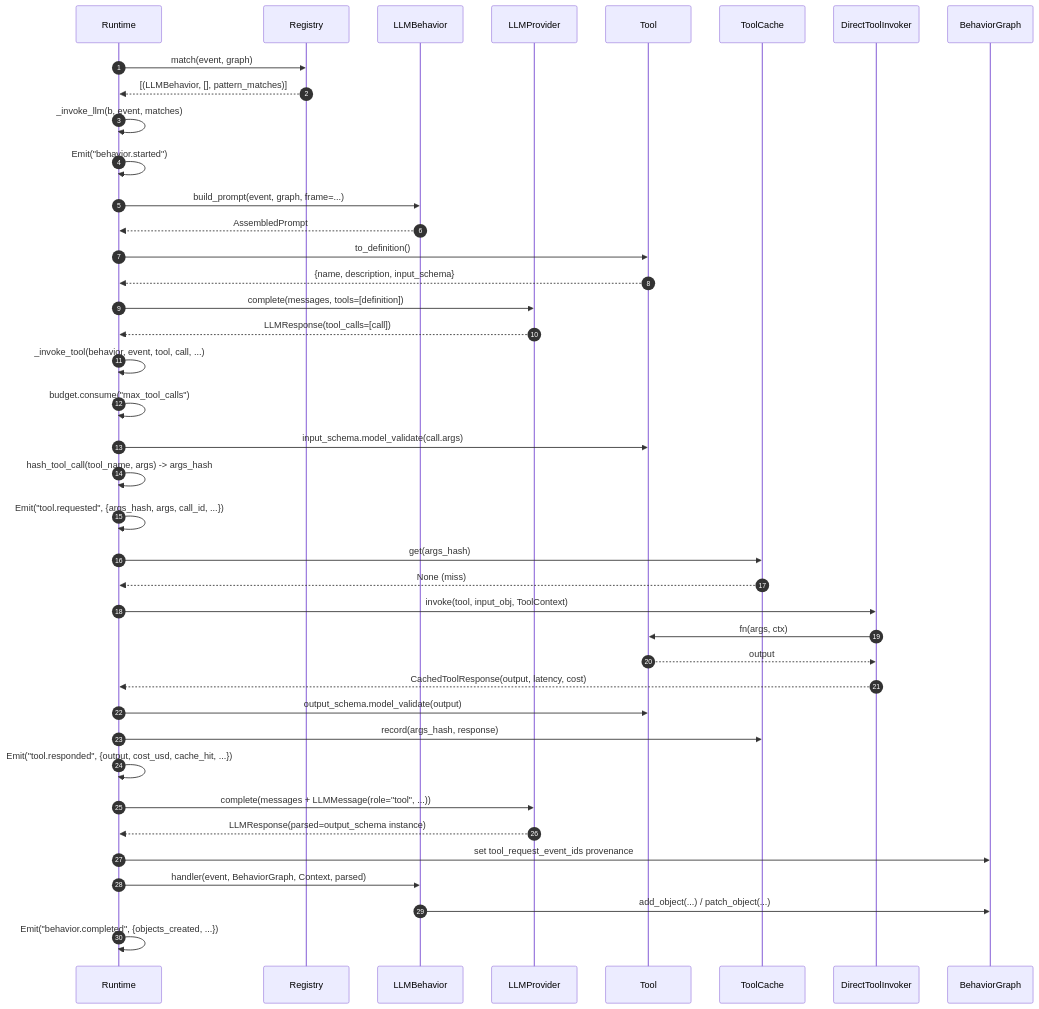
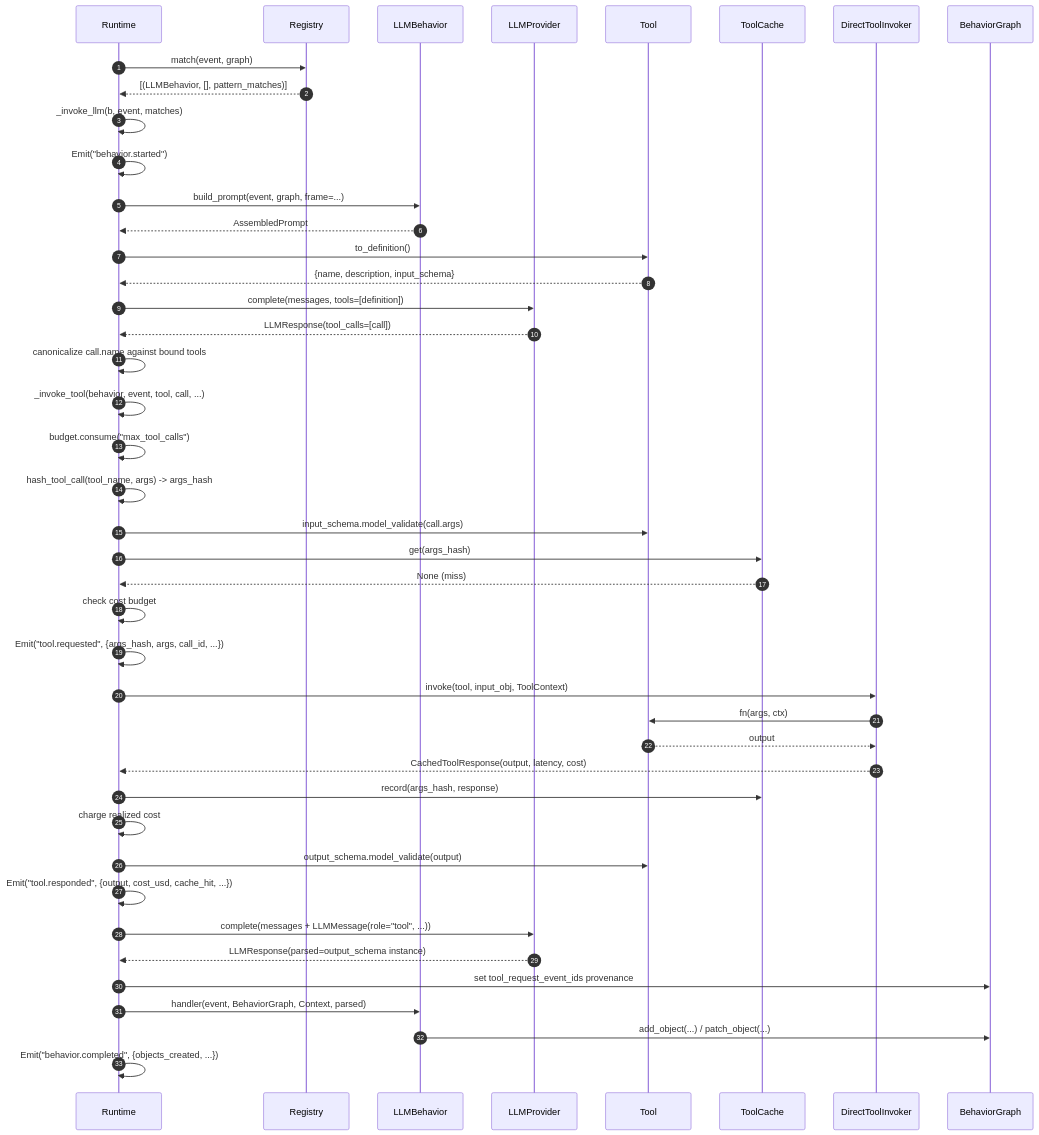
Before and after one commit to tha-hammer/silmari-activegraph: the second of 2 diagrams in specs/09-tools-behaviors.md, drawn with Mermaid. The commit also changed other lines of this file, not shown here.

Commit message:
docs(specs): reconcile tools and behaviors map

````diff
--- a/specs/09-tools-behaviors.md
+++ b/specs/09-tools-behaviors.md
@@ -557,43 +637,46 @@
 ```mermaid
 sequenceDiagram
     autonumber
     participant RT as Runtime
     participant REG as Registry
     participant LB as LLMBehavior
     participant P as LLMProvider
     participant T as Tool
     participant C as ToolCache
     participant I as DirectToolInvoker
     participant BG as BehaviorGraph
 
     RT->>REG: match(event, graph)
     REG-->>RT: [(LLMBehavior, [], pattern_matches)]
     RT->>RT: _invoke_llm(b, event, matches)
     RT->>RT: Emit("behavior.started")
     RT->>LB: build_prompt(event, graph, frame=...)
     LB-->>RT: AssembledPrompt
     RT->>T: to_definition()
     T-->>RT: {name, description, input_schema}
     RT->>P: complete(messages, tools=[definition])
     P-->>RT: LLMResponse(tool_calls=[call])
+    RT->>RT: canonicalize call.name against bound tools
     RT->>RT: _invoke_tool(behavior, event, tool, call, ...)
     RT->>RT: budget.consume("max_tool_calls")
+    RT->>RT: hash_tool_call(tool_name, args) -> args_hash
     RT->>T: input_schema.model_validate(call.args)
-    RT->>RT: hash_tool_call(tool_name, args) -> args_hash
-    RT->>RT: Emit("tool.requested", {args_hash, args, call_id, ...})
     RT->>C: get(args_hash)
     C-->>RT: None (miss)
+    RT->>RT: check cost budget
+    RT->>RT: Emit("tool.requested", {args_hash, args, call_id, ...})
     RT->>I: invoke(tool, input_obj, ToolContext)
     I->>T: fn(args, ctx)
     T-->>I: output
     I-->>RT: CachedToolResponse(output, latency, cost)
+    RT->>C: record(args_hash, response)
+    RT->>RT: charge realized cost
     RT->>T: output_schema.model_validate(output)
-    RT->>C: record(args_hash, response)
     RT->>RT: Emit("tool.responded", {output, cost_usd, cache_hit, ...})
     RT->>P: complete(messages + LLMMessage(role="tool", ...))
     P-->>RT: LLMResponse(parsed=output_schema instance)
     RT->>BG: set tool_request_event_ids provenance
     RT->>LB: handler(event, BehaviorGraph, Context, parsed)
     LB->>BG: add_object(...) / patch_object(...)
     RT->>RT: Emit("behavior.completed", {objects_created, ...})
 ```
````
